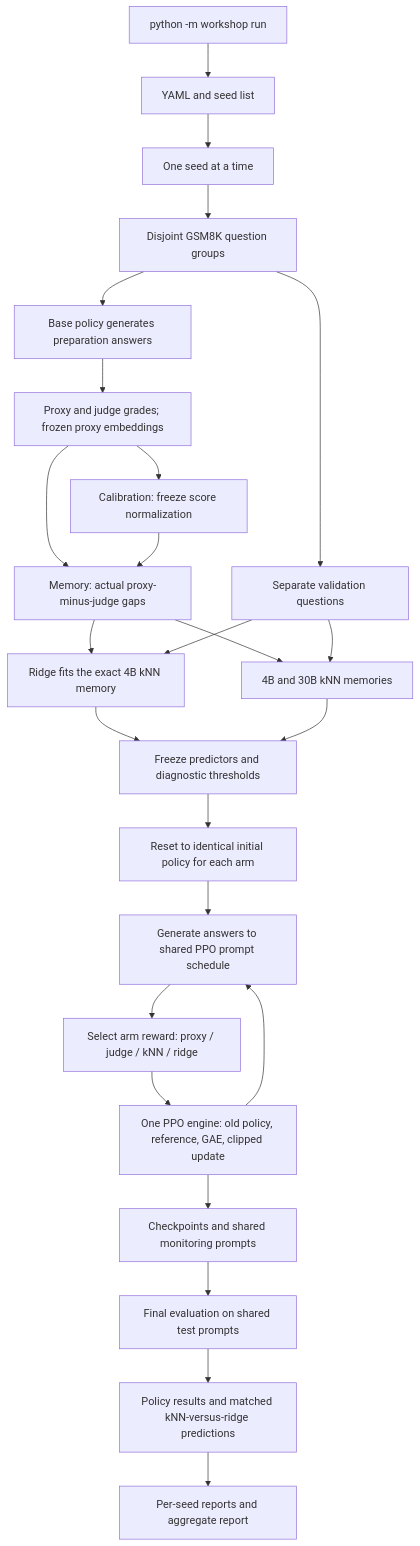
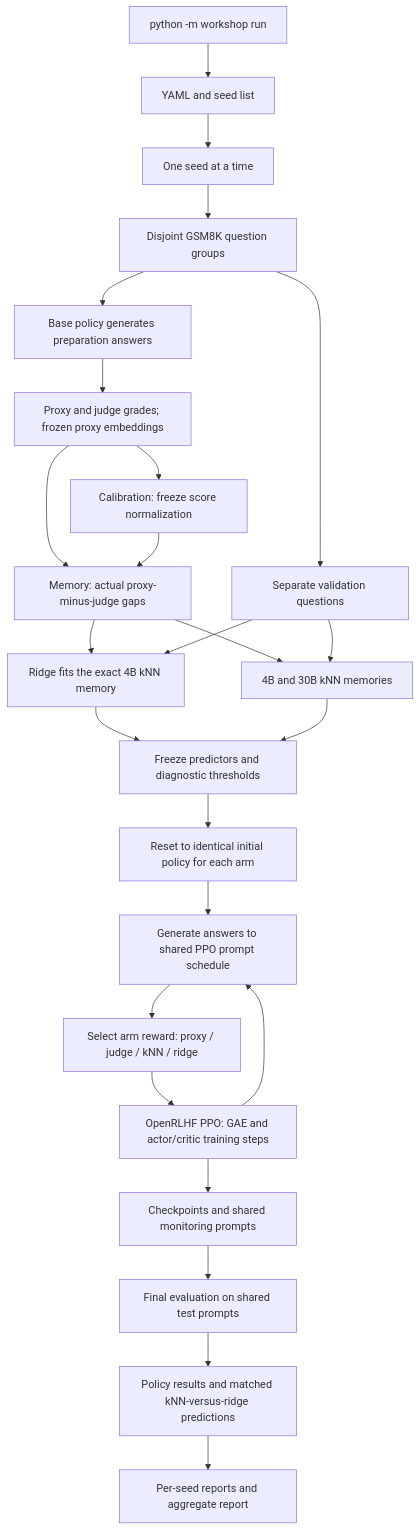
One commit to plero80/WORKSHOP_PROJECT changed the diagram in README.md. Above: the diagram before and after it, drawn with Mermaid. The commit also changed other lines of this file and 17 other files, not shown here.

Commit message:
Use OpenRLHF PPO training steps for all reward arms

````diff
--- a/README.md
+++ b/README.md
@@ -169,27 +176,27 @@
 ```mermaid
 flowchart TD
     CLI[python -m workshop run] --> C[YAML and seed list]
     C --> S[One seed at a time]
     S --> D[Disjoint GSM8K question groups]
     D --> B[Base policy generates preparation answers]
     B --> G[Proxy and judge grades; frozen proxy embeddings]
     G --> N[Calibration: freeze score normalization]
     G --> M[Memory: actual proxy-minus-judge gaps]
     N --> M
     M --> K[4B and 30B kNN memories]
     M --> R[Ridge fits the exact 4B kNN memory]
     D --> V[Separate validation questions]
     V --> R
     V --> K
     R --> F[Freeze predictors and diagnostic thresholds]
     K --> F
     F --> A[Reset to identical initial policy for each arm]
     A --> T[Generate answers to shared PPO prompt schedule]
     T --> W[Select arm reward: proxy / judge / kNN / ridge]
-    W --> P[One PPO engine: old policy, reference, GAE, clipped update]
+    W --> P[OpenRLHF PPO: GAE and actor/critic training steps]
     P --> T
     P --> H[Checkpoints and shared monitoring prompts]
     H --> E[Final evaluation on shared test prompts]
     E --> Q[Policy results and matched kNN-versus-ridge predictions]
     Q --> Z[Per-seed reports and aggregate report]
 ```
````
